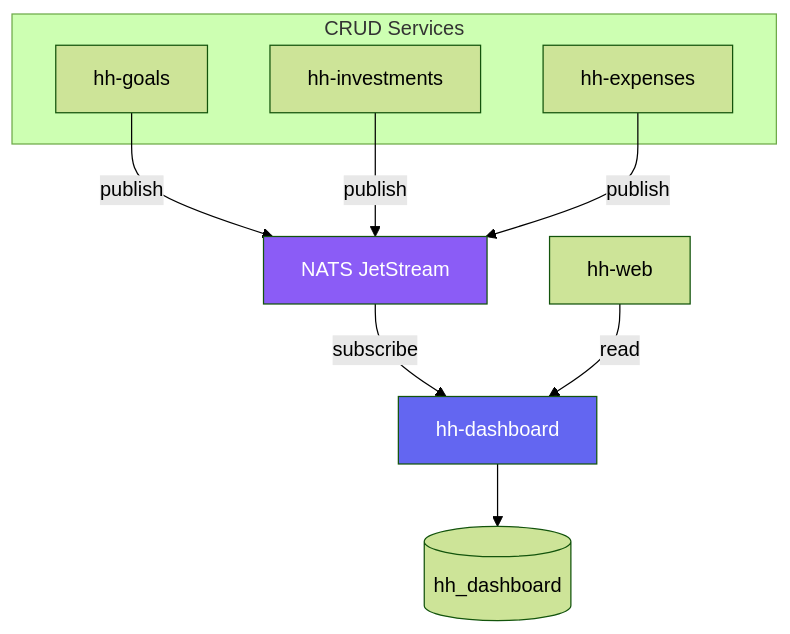
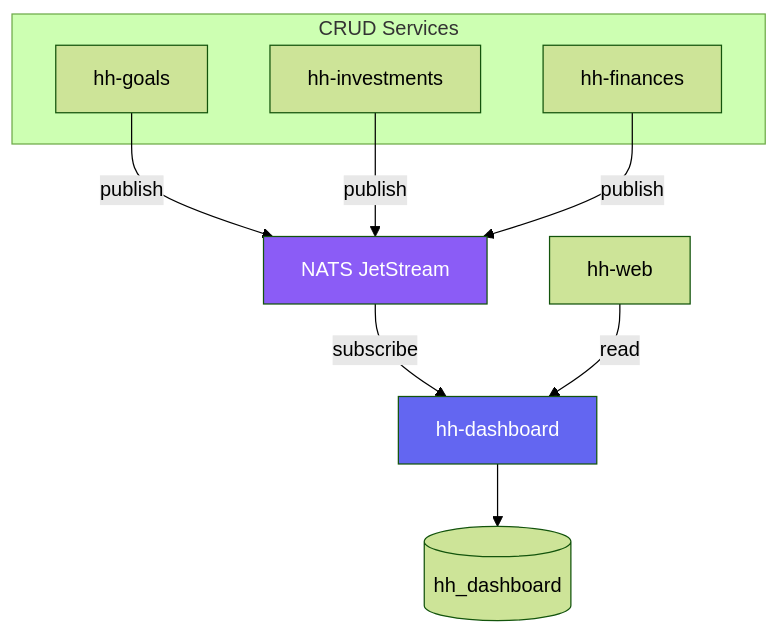
One commit to tiagorocha94/hh-docs changed the diagram in docs/dashboard-architecture.md. Above: the diagram before and after it, drawn with Mermaid (forest theme). The commit also changed other lines of this file and 6 other files, not shown here.

First line of the commit message:
Add hh-finances service design (replaces hh-expenses)

````diff
--- a/docs/dashboard-architecture.md
+++ b/docs/dashboard-architecture.md
@@ -27,19 +27,19 @@
 ```mermaid
 graph TB
     subgraph CRUD Services
         GOALS[hh-goals]
         INV[hh-investments]
-        EXP[hh-expenses]
+        EXP[hh-finances]
     end
 
     GOALS -->|publish| NATS[NATS JetStream]
     INV -->|publish| NATS
     EXP -->|publish| NATS
 
     NATS -->|subscribe| DASH[hh-dashboard]
     DASH --> DB[(hh_dashboard)]
     WEB[hh-web] -->|read| DASH
 
     style NATS fill:#8b5cf6,color:#fff
     style DASH fill:#6366f1,color:#fff
 ```
````
